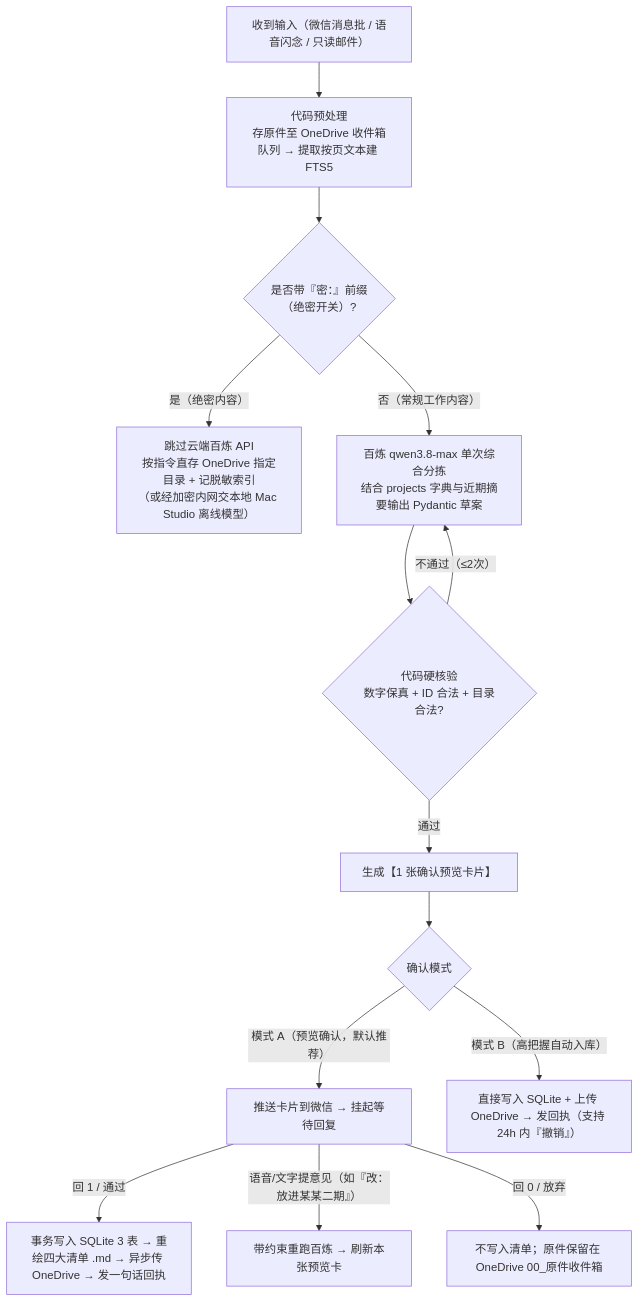
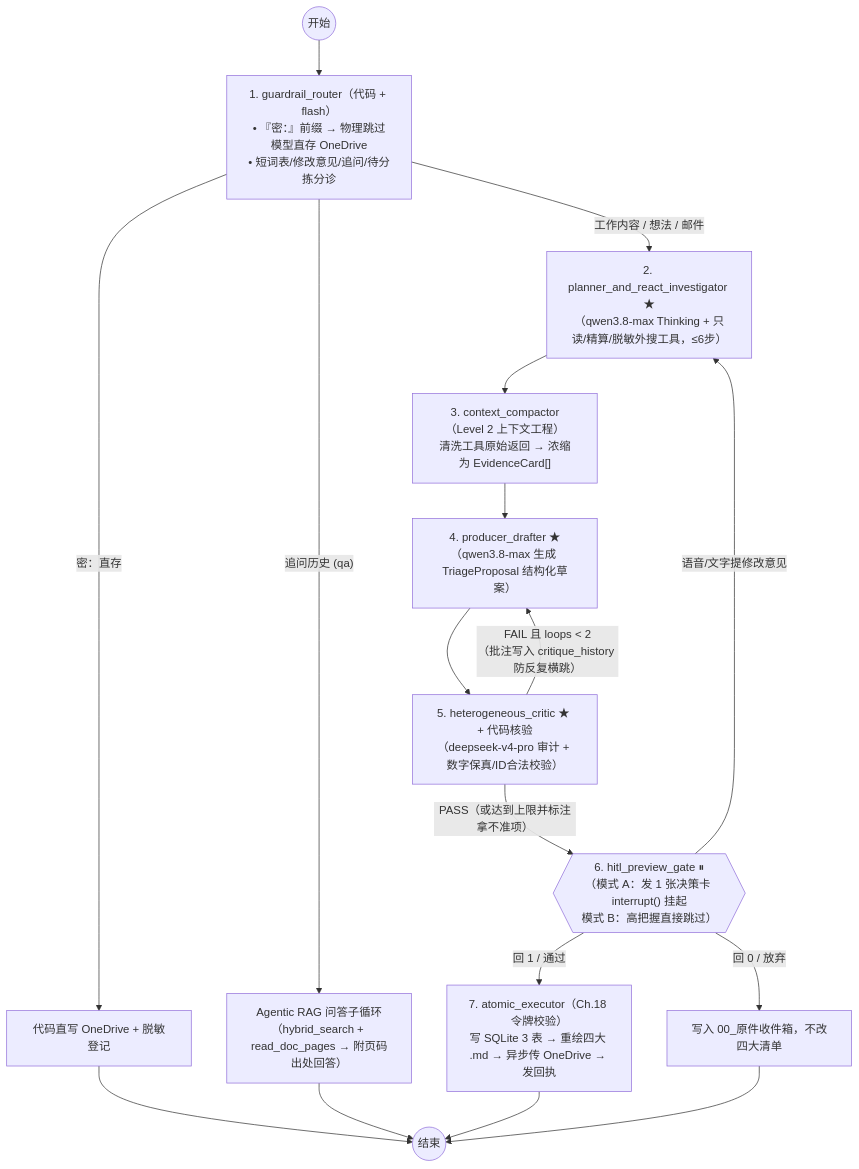
The diagram in wechat_AI_assistant/docs/03-AI分拣工作流与确认机制.md (JohnWissentek/agentic_learning), drawn with Mermaid before and after one commit. The commit also changed other lines of this file and 4 other files, not shown here.

````diff
--- a/wechat_AI_assistant/docs/03-AI分拣工作流与确认机制.md
+++ b/wechat_AI_assistant/docs/03-AI分拣工作流与确认机制.md
@@ -25,16 +39,18 @@
 ```mermaid
 flowchart TD
-    S["收到输入（微信消息批 / 语音闪念 / 只读邮件）"] --> PRE["代码预处理<br/>存原件至 OneDrive 收件箱队列 → 提取按页文本建 FTS5"]
-    PRE --> SEC{"是否带『密：』前缀<br/>（绝密开关）?"}
-    SEC -->|"是（绝密内容）"| LOCAL["跳过云端百炼 API<br/>按指令直存 OneDrive 指定目录 + 记脱敏索引<br/>（或经加密内网交本地 Mac Studio 离线模型）"]
-    SEC -->|"否（常规工作内容）"| LLM["百炼 qwen3.8-max 单次综合分拣<br/>结合 projects 字典与近期摘要输出 Pydantic 草案"]
-    LLM --> V{"代码硬核验<br/>数字保真 + ID 合法 + 目录合法?"}
-    V -->|"不通过（≤2次）"| LLM
-    V -->|"通过"| CARD["生成【1 张确认预览卡片】"]
-    CARD --> MODE{"确认模式"}
-    MODE -->|"模式 A（预览确认，默认推荐）"| WAIT["推送卡片到微信 → 挂起等待回复"]
-    MODE -->|"模式 B（高把握自动入库）"| AUTO["直接写入 SQLite + 上传 OneDrive → 发回执（支持 24h 内『撤销』）"]
-    WAIT -->|"回 1 / 通过"| EXEC["事务写入 SQLite 3 表 → 重绘四大清单 .md → 异步传 OneDrive → 发一句话回执"]
-    WAIT -->|"语音/文字提意见（如『改：放进某某二期』）"| REDO["带约束重跑百炼 → 刷新本张预览卡"]
-    WAIT -->|"回 0 / 放弃"| ABORT["不写入清单；原件保留在 OneDrive 00_原件收件箱"]
+    START(("开始")) --> GUARD["1. guardrail_router（代码 + flash）<br/>• 『密：』前缀 → 物理跳过模型直存 OneDrive<br/>• 短词表/修改意见/追问/待分拣分诊"]
+    GUARD -->|"密：直存"| SEC_SAVE["代码直写 OneDrive + 脱敏登记"] --> END(("结束"))
+    GUARD -->|"追问历史 (qa)"| QA_LOOP["Agentic RAG 问答子循环<br/>（hybrid_search + read_doc_pages → 附页码出处回答）"] --> END
+
+    GUARD -->|"工作内容 / 想法 / 邮件"| INV["2. planner_and_react_investigator ★<br/>（qwen3.8-max Thinking + 只读/精算/脱敏外搜工具，≤6步）"]
+    INV --> COMP["3. context_compactor（Level 2 上下文工程）<br/>清洗工具原始返回 → 浓缩为 EvidenceCard[]"]
+    COMP --> PROD["4. producer_drafter ★<br/>（qwen3.8-max 生成 TriageProposal 结构化草案）"]
+    PROD --> CRIT["5. heterogeneous_critic ★ + 代码核验<br/>（deepseek-v4-pro 审计 + 数字保真/ID合法校验）"]
+
+    CRIT -->|"FAIL 且 loops < 2<br/>（批注写入 critique_history 防反复横跳）"| PROD
+    CRIT -->|"PASS（或达到上限并标注拿不准项）"| GATE{{"6. hitl_preview_gate ⏸<br/>（模式 A：发 1 张决策卡 interrupt() 挂起<br/>模式 B：高把握直接跳过）"}}
+
+    GATE -->|"回 1 / 通过"| EXEC["7. atomic_executor（Ch.18 令牌校验）<br/>写 SQLite 3 表 → 重绘四大 .md → 异步传 OneDrive → 发回执"] --> END
+    GATE -->|"语音/文字提修改意见"| INV
+    GATE -->|"回 0 / 放弃"| ABORT["写入 00_原件收件箱，不改四大清单"] --> END
 ```
````
